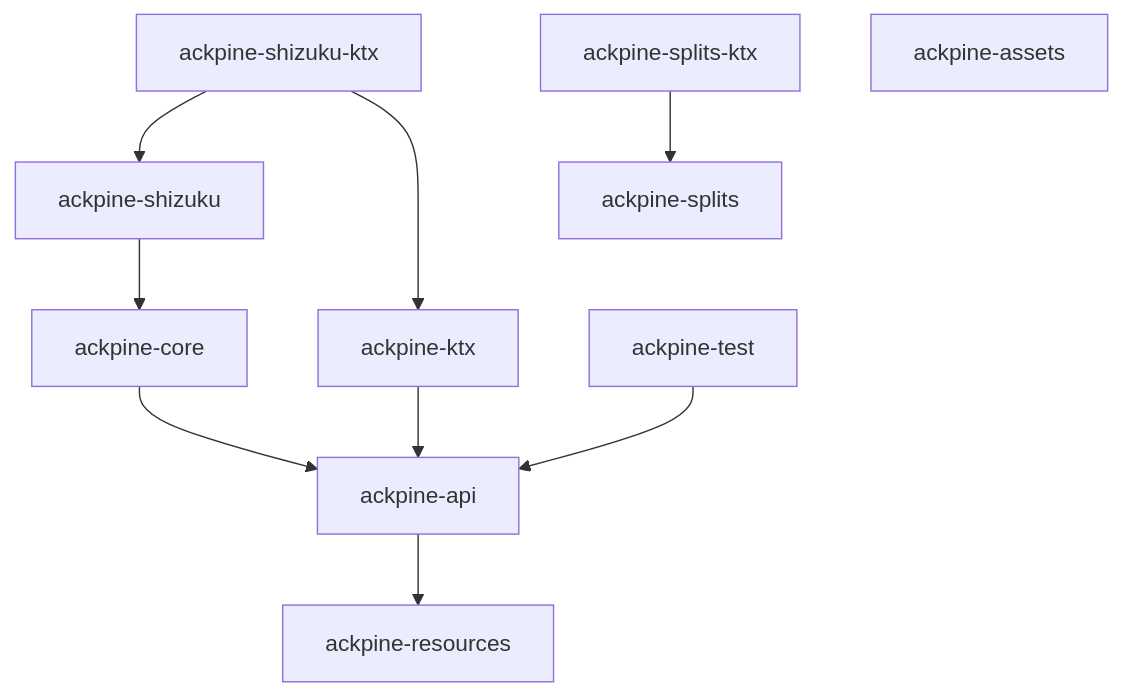
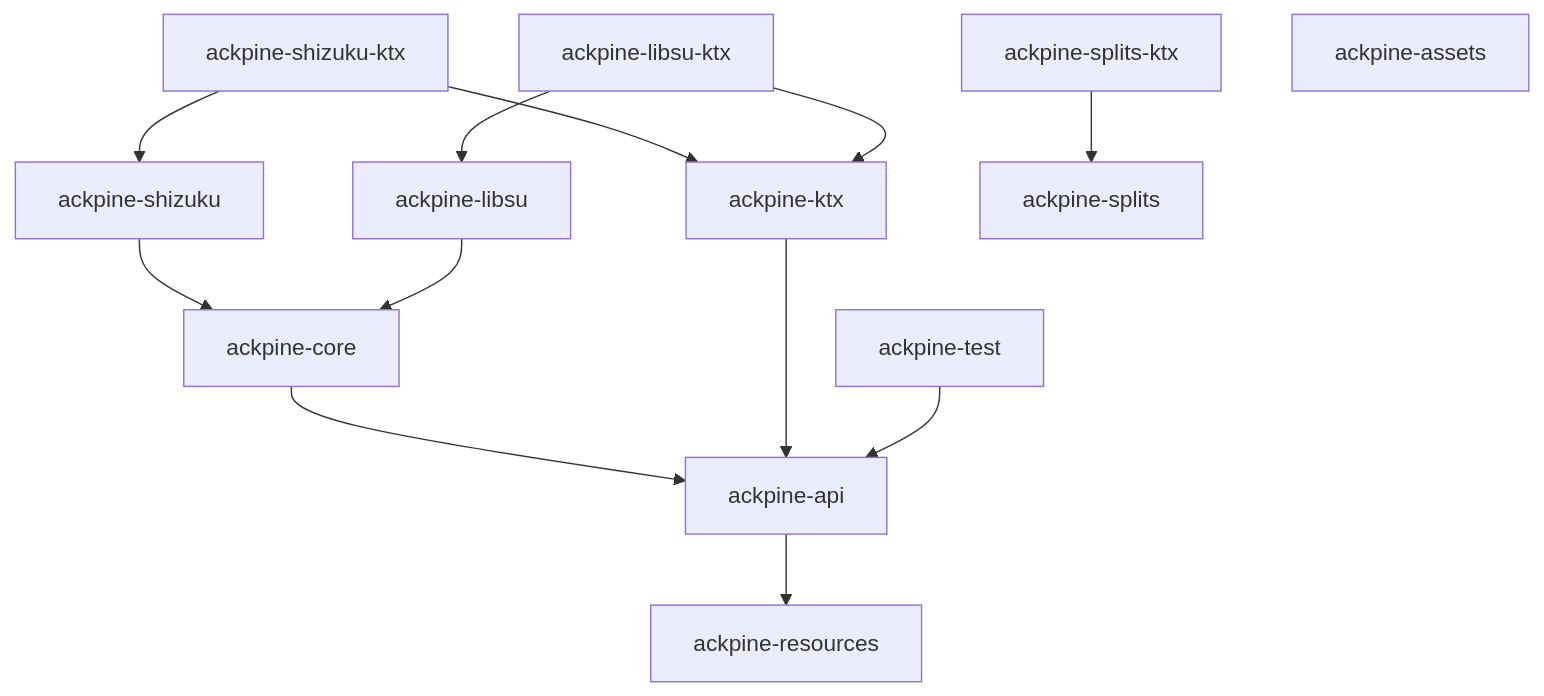
One commit to solrudev/Ackpine changed the second of 2 diagrams in docs/architecture.md. Above: the diagram before and after it, drawn with Mermaid. The commit also changed other lines of this file and 1 other file, not shown here.

Commit message:
add libsu plugin mentions throughout docs

````diff
--- a/docs/architecture.md
+++ b/docs/architecture.md
@@ -80,12 +80,15 @@
 ```mermaid
 graph TD
     ackpine-api --> ackpine-resources
     ackpine-core --> ackpine-api
     ackpine-ktx --> ackpine-api
     ackpine-test --> ackpine-api
     ackpine-shizuku --> ackpine-core
     ackpine-shizuku-ktx --> ackpine-shizuku
     ackpine-shizuku-ktx --> ackpine-ktx
+    ackpine-libsu --> ackpine-core
+    ackpine-libsu-ktx --> ackpine-libsu
+    ackpine-libsu-ktx --> ackpine-ktx
     ackpine-splits-ktx --> ackpine-splits
     ackpine-assets
 ```
````
